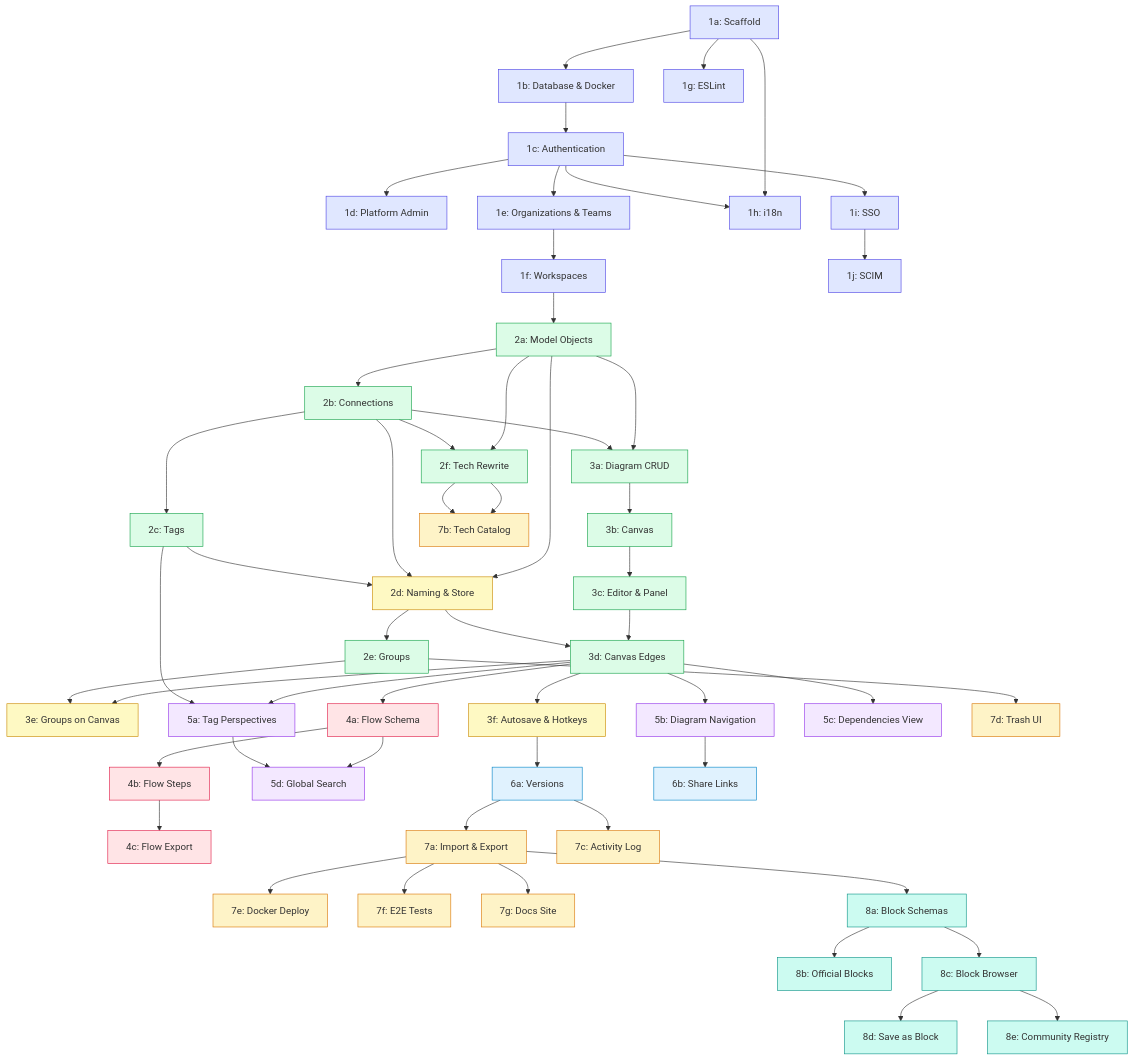
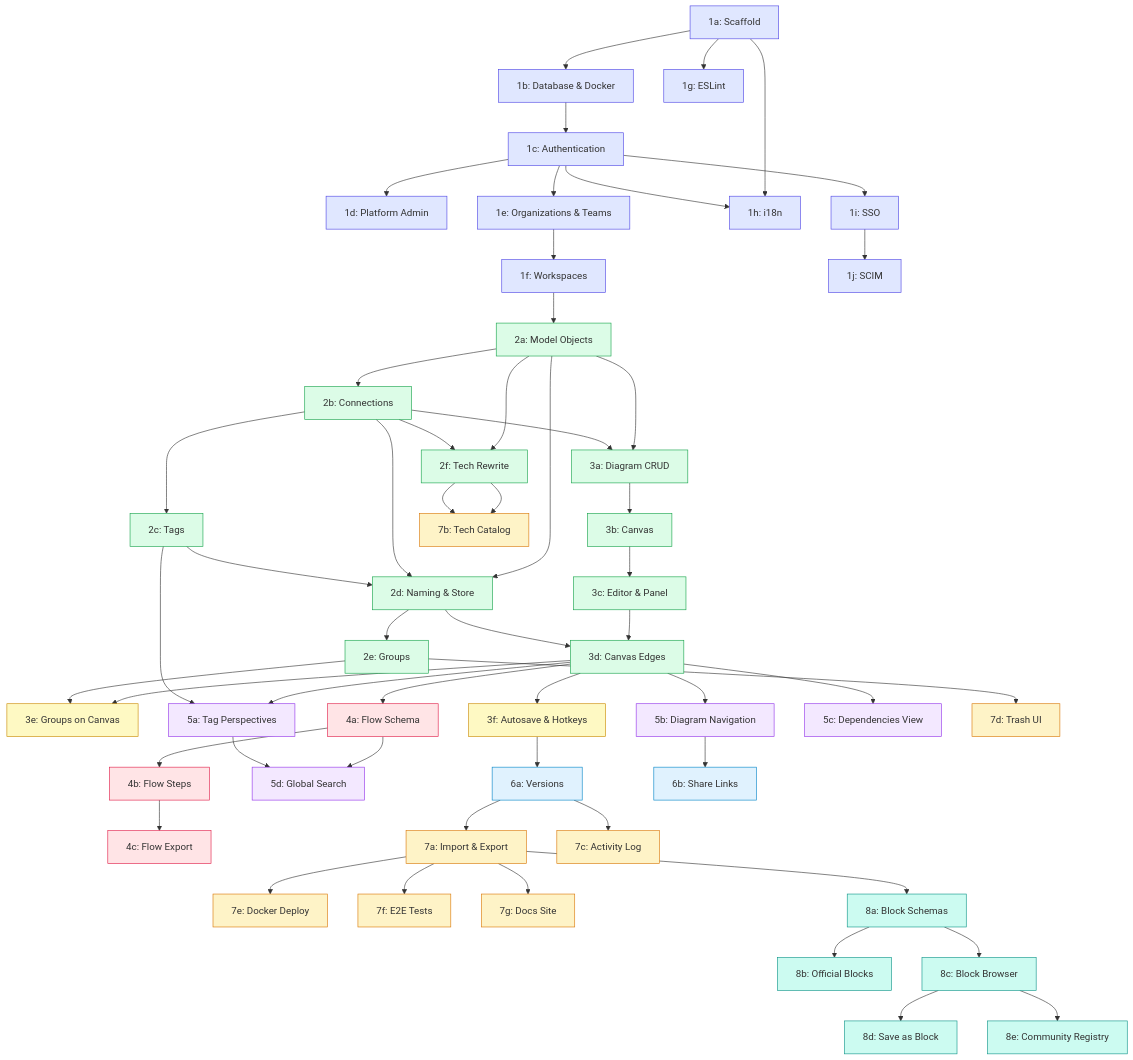
One commit to rubentalstra/Archvault changed the diagram in docs/phases/README.md. Above: the diagram before and after it, drawn with Mermaid. The commit also changed other lines of this file and 1 other file, not shown here.

```diff
--- a/docs/phases/README.md
+++ b/docs/phases/README.md
@@ -141,7 +141,7 @@
     style 2a fill: #dcfce7, stroke: #16a34a
     style 2b fill: #dcfce7, stroke: #16a34a
     style 2c fill: #dcfce7, stroke: #16a34a
-    style 2d fill: #fef9c3, stroke: #ca8a04
+    style 2d fill: #dcfce7, stroke: #16a34a
     style 2e fill: #dcfce7, stroke: #16a34a
     style 2f fill: #dcfce7, stroke: #16a34a
     style 3a fill: #dcfce7, stroke: #16a34a
```
